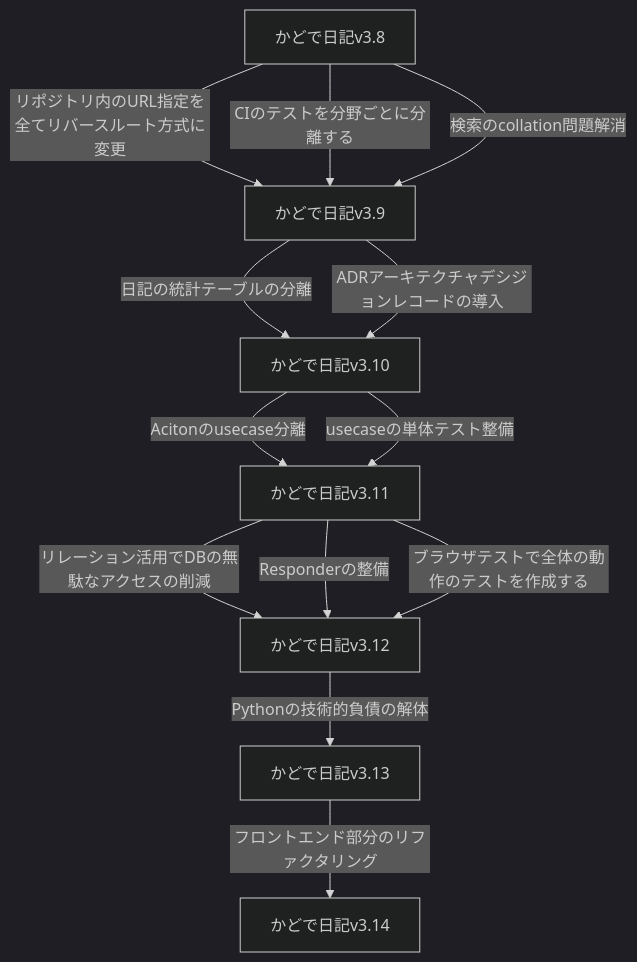
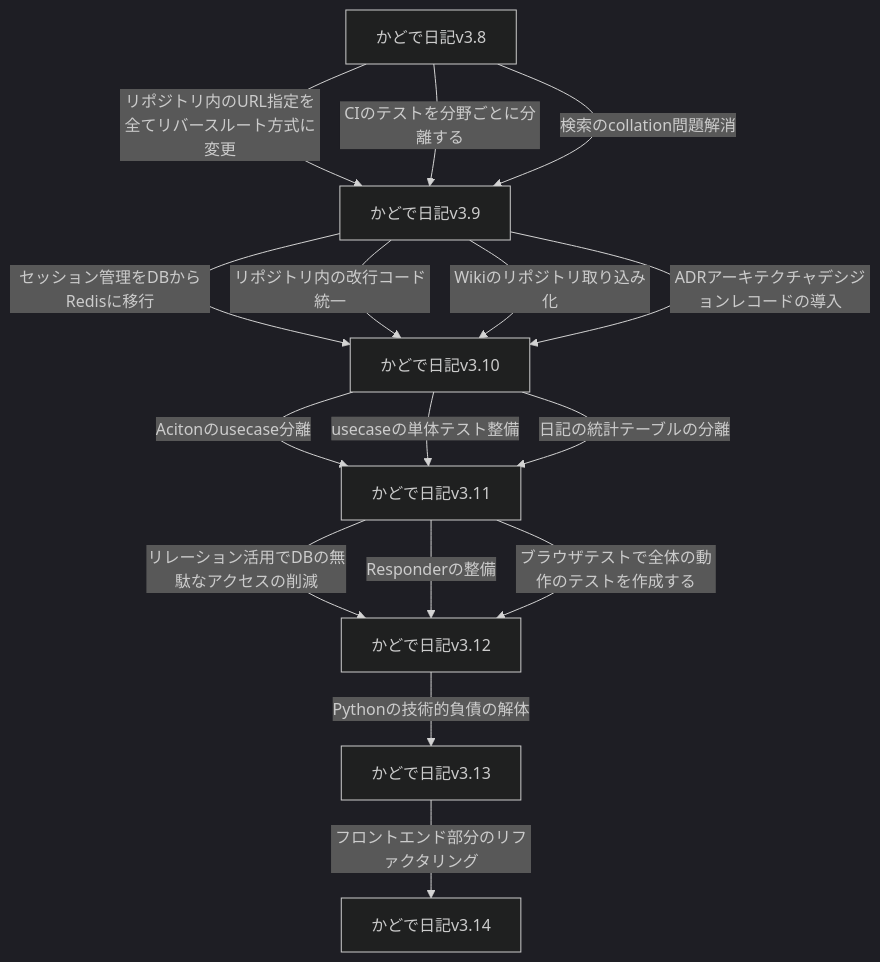
Before and after one commit to KadodeProject/kadode_nikki3: the diagram in README.md, drawn with Mermaid (dark theme).

Commit message:
fix ロードマップ修正

````diff
--- a/README.md
+++ b/README.md
@@ -63,15 +63,18 @@
 ```mermaid
 flowchart TD
     D[かどで日記v3.8]-->|リポジトリ内のURL指定を全てリバースルート方式に変更|E[かどで日記v3.9]
     D-->|CIのテストを分野ごとに分離する|E
     D-->|検索のcollation問題解消|E
-    E-->|日記の統計テーブルの分離|E_F[かどで日記v3.10]
+    E-->|セッション管理をDBからRedisに移行|E_F[かどで日記v3.10]
+    E-->|リポジトリ内の改行コード統一|E_F
+    E-->|Wikiのリポジトリ取り込み化|E_F
     E-->|ADRアーキテクチャデシジョンレコードの導入|E_F
     E_F-->|Acitonのusecase分離|E_FF[かどで日記v3.11]
     E_F-->|usecaseの単体テスト整備|E_FF
+    E_F-->|日記の統計テーブルの分離|E_FF
     E_FF-->|リレーション活用でDBの無駄なアクセスの削減|F[かどで日記v3.12]
     E_FF-->|Responderの整備|F
     E_FF-->|ブラウザテストで全体の動作のテストを作成する|F
     F-->|Pythonの技術的負債の解体|G[かどで日記v3.13]
     G-->|フロントエンド部分のリファクタリング|H[かどで日記v3.14]
 ```
````
